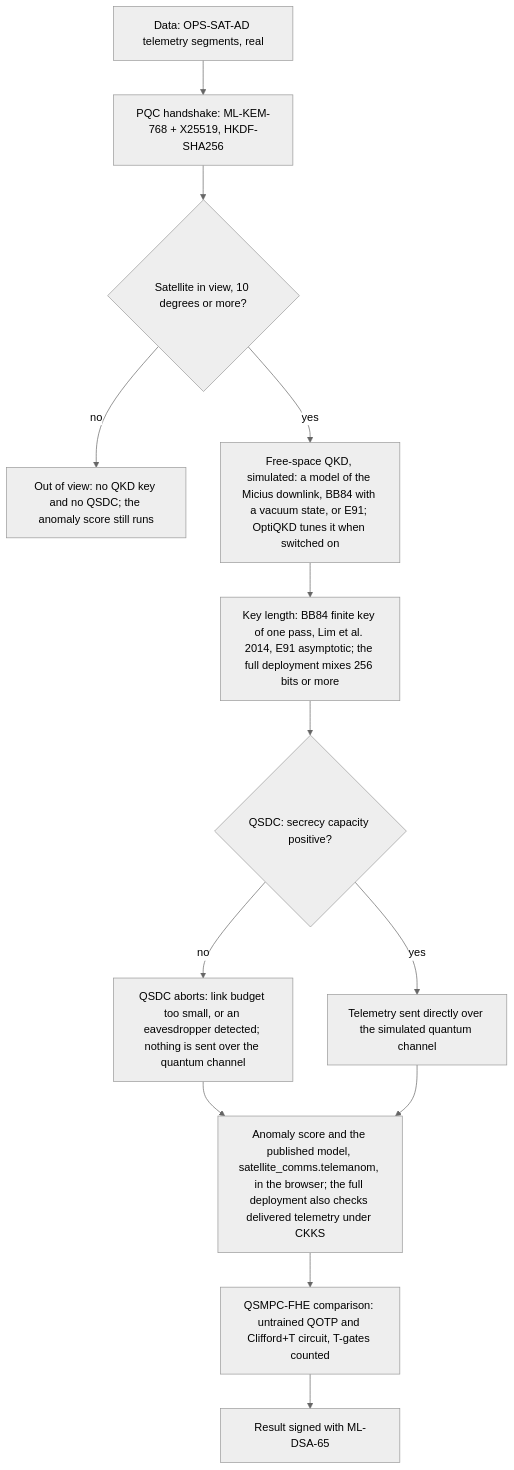
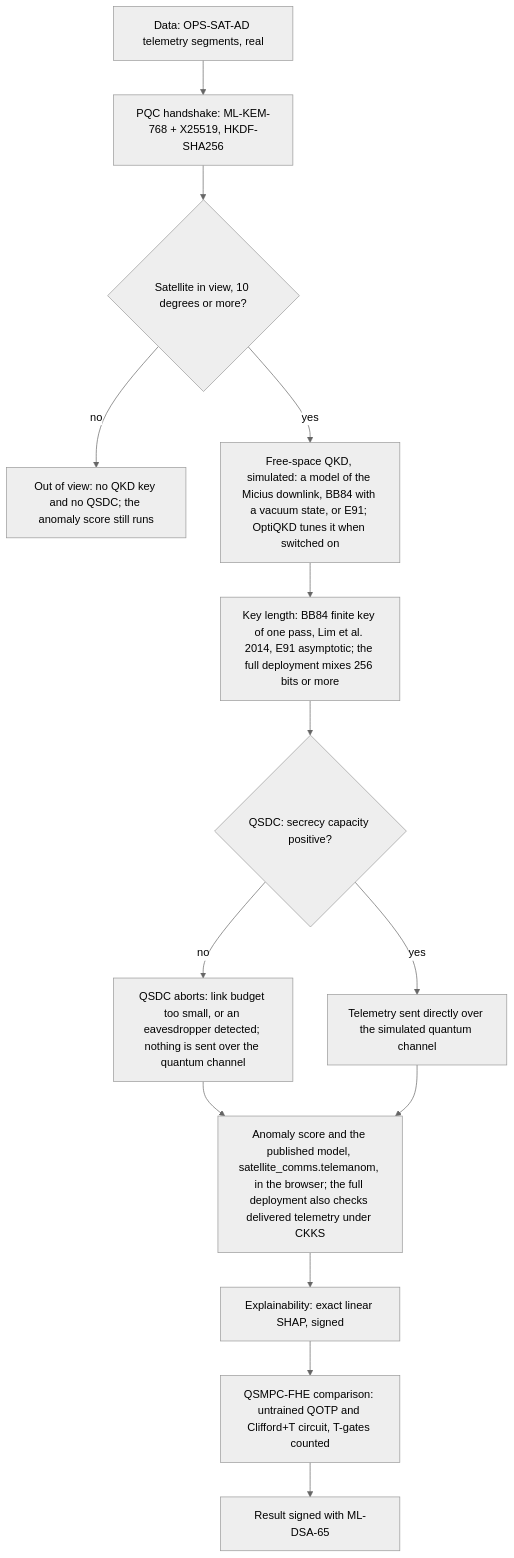
The seventh of 11 diagrams in README.md (Quantum-Daemons/QSMPC-QKD-QHE-AI-Hybrid), drawn with Mermaid (neutral theme) before and after one commit. The commit also changed other lines of this file and 98 other files, not shown here.

````diff
--- a/README.md
+++ b/README.md
@@ -249,27 +242,29 @@
 ```mermaid
 flowchart TB
   D["Data: OPS-SAT-AD telemetry segments, real"]
   H["PQC handshake: ML-KEM-768 + X25519, HKDF-SHA256"]
   V{"Satellite in view, 10 degrees or more?"}
   NV["Out of view: no QKD key and no QSDC; the anomaly score still runs"]
   K["Free-space QKD, simulated: a model of the Micius downlink, BB84 with a vacuum state, or E91; OptiQKD tunes it when switched on"]
   L["Key length: BB84 finite key of one pass, Lim et al. 2014, E91 asymptotic; the full deployment mixes 256 bits or more"]
   QD{"QSDC: secrecy capacity positive?"}
   NA["QSDC aborts: link budget too small, or an eavesdropper detected; nothing is sent over the quantum channel"]
   T["Telemetry sent directly over the simulated quantum channel"]
   A["Anomaly score and the published model, satellite_comms.telemanom, in the browser; the full deployment also checks delivered telemetry under CKKS"]
+  X["Explainability: exact linear SHAP, signed"]
   C["QSMPC-FHE comparison: untrained QOTP and Clifford+T circuit, T-gates counted"]
   S["Result signed with ML-DSA-65"]
   D --> H
   H --> V
   V -->|no| NV
   V -->|yes| K
   K --> L
   L --> QD
   QD -->|no| NA
   QD -->|yes| T
   NA --> A
   T --> A
-  A --> C
+  A --> X
+  X --> C
   C --> S
 ```
````
